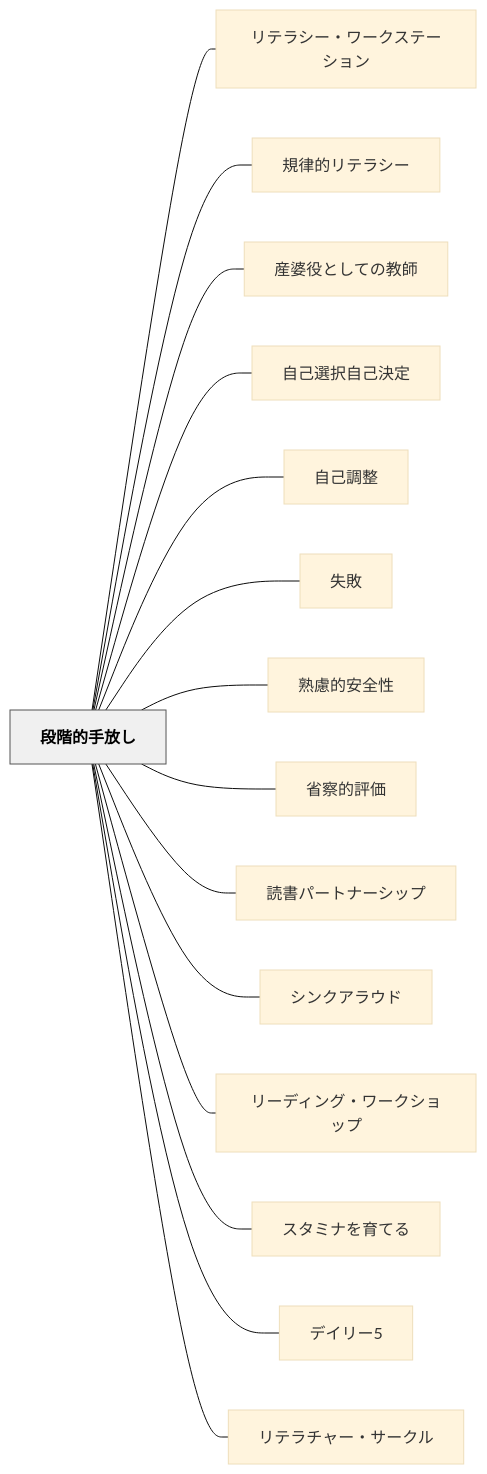
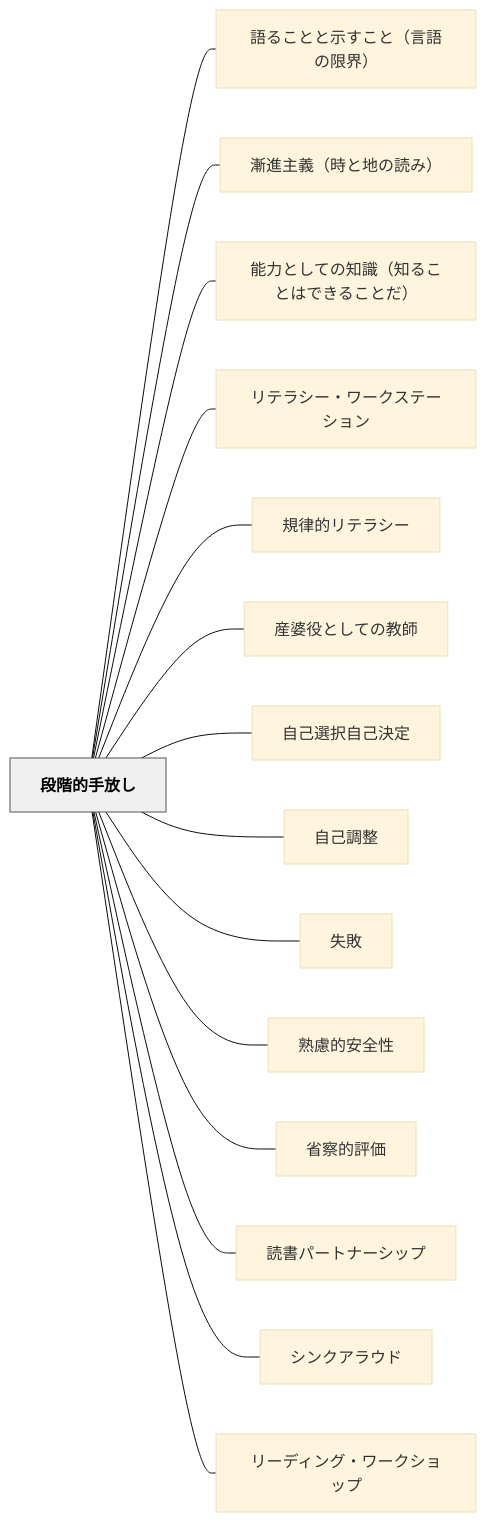
One commit to unknownthings-ed-patterns/unknownthings-ed-patterns changed the diagram in content/パタン/段階的手放し.md. Above: the diagram before and after it, drawn with Mermaid (base theme). The commit also changed other lines of this file and 185 other files, not shown here.

````diff
--- a/content/パタン/段階的手放し.md
+++ b/content/パタン/段階的手放し.md
@@ -185,36 +188,36 @@
 ```mermaid
 flowchart LR
     ne6aeb5e99a8ee79a84e6898be694bee38197["段階的手放し"]
+    ne8aa9ee3828be38193e381a8e381a8e7a4bae38199e38193e381a8efbc88e8a880e8aa9ee381aee99990e7958cefbc89["語ることと示すこと（言語の限界）"]
+    ne6bcb8e980b2e4b8bbe7bea9efbc88e69982e381a8e59cb0e381aee8aaade381bfefbc89["漸進主義（時と地の読み）"]
+    ne883bde58a9be381a8e38197e381a6e381aee79fa5e8ad98efbc88e79fa5e3828be38193e381a8e381afe381a7e3818de3828be38193e381a8e381a0efbc89["能力としての知識（知ることはできることだ）"]
     ne383aae38386e383a9e382b7e383bce383bbe383afe383bce382afe382b9e38386e383bce382b7e383a7e383b3["リテラシー・ワークステーション"]
     ne8a68fe5be8be79a84e383aae38386e383a9e382b7e383bc["規律的リテラシー"]
     ne794a3e5a986e5bdb9e381a8e38197e381a6e381aee69599e5b8ab["産婆役としての教師"]
     ne887aae5b7b1e981b8e68a9ee887aae5b7b1e6b1bae5ae9a["自己選択自己決定"]
     ne887aae5b7b1e8aabfe695b4["自己調整"]
     ne5a4b1e69597["失敗"]
     ne7869fe685aee79a84e5ae89e585a8e680a7["熟慮的安全性"]
     ne79c81e5af9fe79a84e8a995e4bea1["省察的評価"]
     ne8aaade69bb8e38391e383bce38388e3838ae383bce382b7e38383e38397["読書パートナーシップ"]
     ne382b7e383b3e382afe382a2e383a9e382a6e38389["シンクアラウド"]
     ne383aae383bce38387e382a3e383b3e382b0e383bbe383afe383bce382afe382b7e383a7e38383e38397["リーディング・ワークショップ"]
-    ne382b9e382bfe3839fe3838ae38292e882b2e381a6e3828b["スタミナを育てる"]
-    ne38387e382a4e383aae383bc35["デイリー5"]
-    ne383aae38386e383a9e38381e383a3e383bce383bbe382b5e383bce382afe383ab["リテラチャー・サークル"]
 
+    ne6aeb5e99a8ee79a84e6898be694bee38197 --- ne8aa9ee3828be38193e381a8e381a8e7a4bae38199e38193e381a8efbc88e8a880e8aa9ee381aee99990e7958cefbc89
+    ne6aeb5e99a8ee79a84e6898be694bee38197 --- ne6bcb8e980b2e4b8bbe7bea9efbc88e69982e381a8e59cb0e381aee8aaade381bfefbc89
+    ne6aeb5e99a8ee79a84e6898be694bee38197 --- ne883bde58a9be381a8e38197e381a6e381aee79fa5e8ad98efbc88e79fa5e3828be38193e381a8e381afe381a7e3818de3828be38193e381a8e381a0efbc89
     ne6aeb5e99a8ee79a84e6898be694bee38197 --- ne383aae38386e383a9e382b7e383bce383bbe383afe383bce382afe382b9e38386e383bce382b7e383a7e383b3
     ne6aeb5e99a8ee79a84e6898be694bee38197 --- ne8a68fe5be8be79a84e383aae38386e383a9e382b7e383bc
     ne6aeb5e99a8ee79a84e6898be694bee38197 --- ne794a3e5a986e5bdb9e381a8e38197e381a6e381aee69599e5b8ab
     ne6aeb5e99a8ee79a84e6898be694bee38197 --- ne887aae5b7b1e981b8e68a9ee887aae5b7b1e6b1bae5ae9a
     ne6aeb5e99a8ee79a84e6898be694bee38197 --- ne887aae5b7b1e8aabfe695b4
     ne6aeb5e99a8ee79a84e6898be694bee38197 --- ne5a4b1e69597
     ne6aeb5e99a8ee79a84e6898be694bee38197 --- ne7869fe685aee79a84e5ae89e585a8e680a7
     ne6aeb5e99a8ee79a84e6898be694bee38197 --- ne79c81e5af9fe79a84e8a995e4bea1
     ne6aeb5e99a8ee79a84e6898be694bee38197 --- ne8aaade69bb8e38391e383bce38388e3838ae383bce382b7e38383e38397
     ne6aeb5e99a8ee79a84e6898be694bee38197 --- ne382b7e383b3e382afe382a2e383a9e382a6e38389
     ne6aeb5e99a8ee79a84e6898be694bee38197 --- ne383aae383bce38387e382a3e383b3e382b0e383bbe383afe383bce382afe382b7e383a7e38383e38397
-    ne6aeb5e99a8ee79a84e6898be694bee38197 --- ne382b9e382bfe3839fe3838ae38292e882b2e381a6e3828b
-    ne6aeb5e99a8ee79a84e6898be694bee38197 --- ne38387e382a4e383aae383bc35
-    ne6aeb5e99a8ee79a84e6898be694bee38197 --- ne383aae38386e383a9e38381e383a3e383bce383bbe382b5e383bce382afe383ab
 
     classDef hub fill:#f0f0f0,stroke:#555,color:#000,font-weight:bold
     class ne6aeb5e99a8ee79a84e6898be694bee38197 hub
 ```
````
